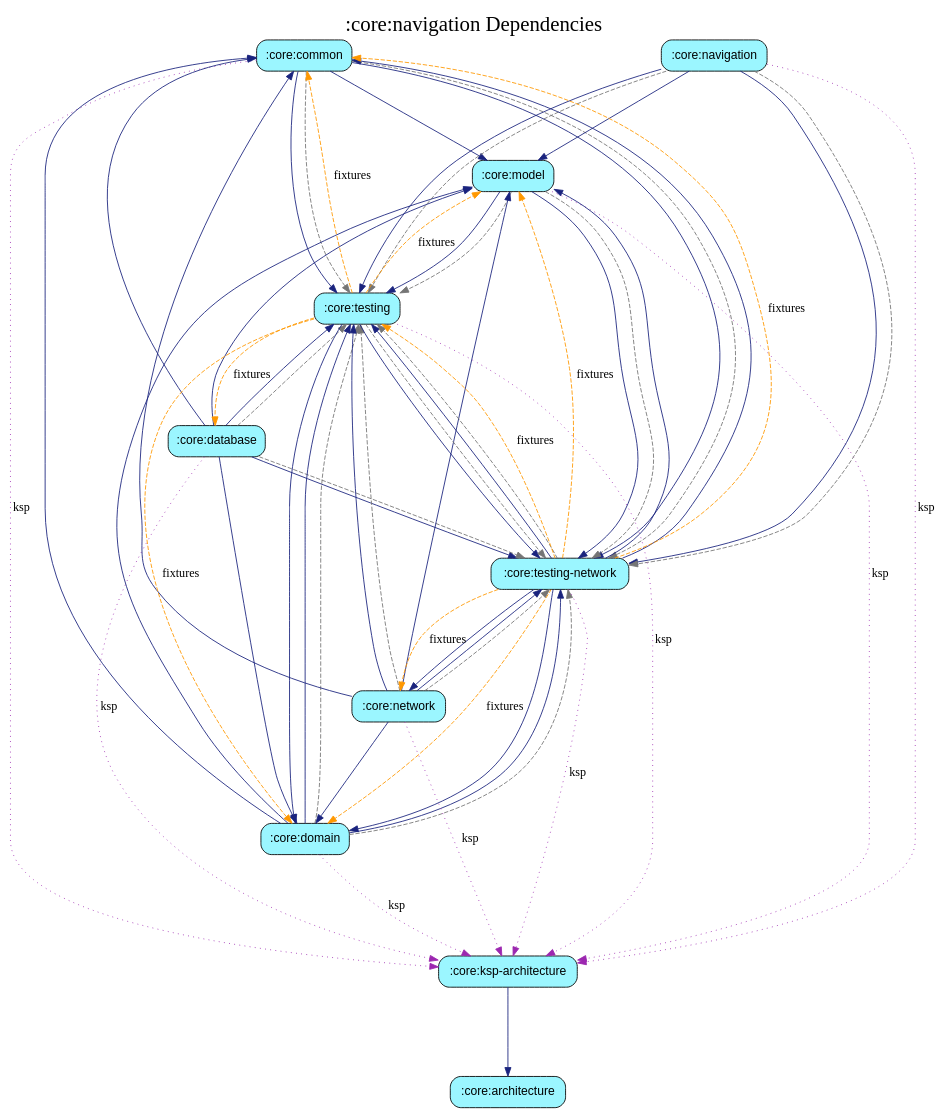
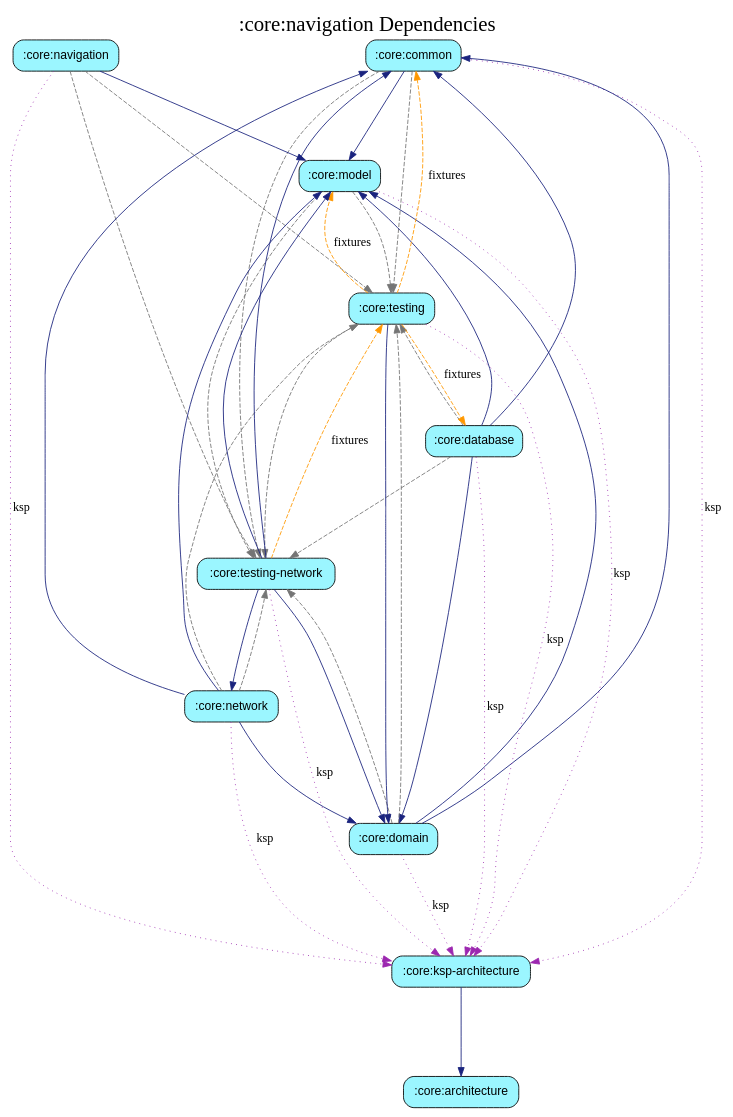
One commit to harrykibet/RealEstateApp-Android changed the diagram in core/navigation/module_graph.gv. Above: the diagram before and after it, drawn with Graphviz. The commit also changed 83 other files, not shown here.

```diff
--- a/core/navigation/module_graph.gv
+++ b/core/navigation/module_graph.gv
@@ -1,75 +1,55 @@
 digraph {
   graph [label=":core:navigation Dependencies", labelloc=t, fontsize=24, ranksep=1.4];
-  node [style="rounded,filled", fontname="sans-serif", shape=box];
+  node [style=filled, fillcolor="#bbdefb", fontname="sans-serif", shape=box, style="rounded,filled"];
   ":core:architecture" [fillcolor="#9BF6FF"];
   ":core:common" [fillcolor="#9BF6FF"];
   ":core:database" [fillcolor="#9BF6FF"];
   ":core:domain" [fillcolor="#9BF6FF"];
   ":core:ksp-architecture" [fillcolor="#9BF6FF"];
   ":core:model" [fillcolor="#9BF6FF"];
   ":core:navigation" [fillcolor="#9BF6FF"];
   ":core:network" [fillcolor="#9BF6FF"];
   ":core:testing" [fillcolor="#9BF6FF"];
   ":core:testing-network" [fillcolor="#9BF6FF"];
   ":core:common" -> ":core:ksp-architecture" [color="#9C27B0", style=dotted, label="ksp"]
   ":core:common" -> ":core:model" [color="#1A237E", style=solid]
-  ":core:common" -> ":core:testing" [color="#1A237E", style=solid]
   ":core:common" -> ":core:testing" [color="#757575", style=dashed]
-  ":core:common" -> ":core:testing-network" [color="#1A237E", style=solid]
   ":core:common" -> ":core:testing-network" [color="#757575", style=dashed]
   ":core:database" -> ":core:common" [color="#1A237E", style=solid]
   ":core:database" -> ":core:domain" [color="#1A237E", style=solid]
   ":core:database" -> ":core:ksp-architecture" [color="#9C27B0", style=dotted, label="ksp"]
   ":core:database" -> ":core:model" [color="#1A237E", style=solid]
-  ":core:database" -> ":core:testing" [color="#1A237E", style=solid]
   ":core:database" -> ":core:testing" [color="#757575", style=dashed]
-  ":core:database" -> ":core:testing-network" [color="#1A237E", style=solid]
   ":core:database" -> ":core:testing-network" [color="#757575", style=dashed]
   ":core:domain" -> ":core:common" [color="#1A237E", style=solid]
   ":core:domain" -> ":core:ksp-architecture" [color="#9C27B0", style=dotted, label="ksp"]
   ":core:domain" -> ":core:model" [color="#1A237E", style=solid]
-  ":core:domain" -> ":core:testing" [color="#1A237E", style=solid]
   ":core:domain" -> ":core:testing" [color="#757575", style=dashed]
-  ":core:domain" -> ":core:testing-network" [color="#1A237E", style=solid]
   ":core:domain" -> ":core:testing-network" [color="#757575", style=dashed]
   ":core:ksp-architecture" -> ":core:architecture" [color="#1A237E", style=solid]
   ":core:model" -> ":core:ksp-architecture" [color="#9C27B0", style=dotted, label="ksp"]
-  ":core:model" -> ":core:testing" [color="#1A237E", style=solid]
   ":core:model" -> ":core:testing" [color="#757575", style=dashed]
-  ":core:model" -> ":core:testing-network" [color="#1A237E", style=solid]
   ":core:model" -> ":core:testing-network" [color="#757575", style=dashed]
   ":core:navigation" -> ":core:ksp-architecture" [color="#9C27B0", style=dotted, label="ksp"]
   ":core:navigation" -> ":core:model" [color="#1A237E", style=solid]
-  ":core:navigation" -> ":core:testing" [color="#1A237E", style=solid]
   ":core:navigation" -> ":core:testing" [color="#757575", style=dashed]
-  ":core:navigation" -> ":core:testing-network" [color="#1A237E", style=solid]
   ":core:navigation" -> ":core:testing-network" [color="#757575", style=dashed]
   ":core:network" -> ":core:common" [color="#1A237E", style=solid]
   ":core:network" -> ":core:domain" [color="#1A237E", style=solid]
   ":core:network" -> ":core:ksp-architecture" [color="#9C27B0", style=dotted, label="ksp"]
   ":core:network" -> ":core:model" [color="#1A237E", style=solid]
-  ":core:network" -> ":core:testing" [color="#1A237E", style=solid]
   ":core:network" -> ":core:testing" [color="#757575", style=dashed]
-  ":core:network" -> ":core:testing-network" [color="#1A237E", style=solid]
   ":core:network" -> ":core:testing-network" [color="#757575", style=dashed]
   ":core:testing" -> ":core:common" [color="#FF9800", style=dashed, label="fixtures"]
   ":core:testing" -> ":core:database" [color="#FF9800", style=dashed, label="fixtures"]
   ":core:testing" -> ":core:domain" [color="#1A237E", style=solid]
-  ":core:testing" -> ":core:domain" [color="#FF9800", style=dashed, label="fixtures"]
   ":core:testing" -> ":core:ksp-architecture" [color="#9C27B0", style=dotted, label="ksp"]
   ":core:testing" -> ":core:model" [color="#FF9800", style=dashed, label="fixtures"]
-  ":core:testing" -> ":core:testing-network" [color="#1A237E", style=solid]
   ":core:testing" -> ":core:testing-network" [color="#757575", style=dashed]
   ":core:testing-network" -> ":core:common" [color="#1A237E", style=solid]
-  ":core:testing-network" -> ":core:common" [color="#FF9800", style=dashed, label="fixtures"]
   ":core:testing-network" -> ":core:domain" [color="#1A237E", style=solid]
-  ":core:testing-network" -> ":core:domain" [color="#FF9800", style=dashed, label="fixtures"]
   ":core:testing-network" -> ":core:ksp-architecture" [color="#9C27B0", style=dotted, label="ksp"]
   ":core:testing-network" -> ":core:model" [color="#1A237E", style=solid]
-  ":core:testing-network" -> ":core:model" [color="#FF9800", style=dashed, label="fixtures"]
   ":core:testing-network" -> ":core:network" [color="#1A237E", style=solid]
-  ":core:testing-network" -> ":core:network" [color="#FF9800", style=dashed, label="fixtures"]
-  ":core:testing-network" -> ":core:testing" [color="#1A237E", style=solid]
-  ":core:testing-network" -> ":core:testing" [color="#757575", style=dashed]
   ":core:testing-network" -> ":core:testing" [color="#FF9800", style=dashed, label="fixtures"]
 }
```
